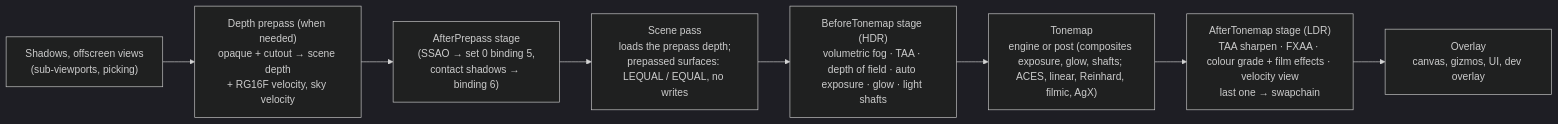
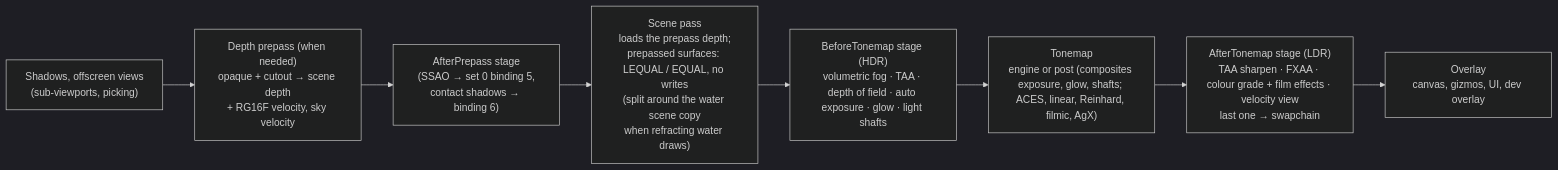
Before and after one commit to Mainframe-Games/mainframe-engine: the diagram in docs/design/post-processing.md, drawn with Mermaid (dark theme). The commit also changed other lines of this file and 67 other files, not shown here.

First line of the commit message:
Water: scene copy, refraction, SSR, caustics, waterfall and mist (ADR 0173)

````diff
--- a/docs/design/post-processing.md
+++ b/docs/design/post-processing.md
@@ -16,10 +16,10 @@
 ```mermaid
 flowchart LR
     SH["Shadows, offscreen views<br/>(sub-viewports, picking)"] --> PP["Depth prepass (when needed)<br/>opaque + cutout → scene depth<br/>+ RG16F velocity, sky velocity"]
     PP --> AP["AfterPrepass stage<br/>(SSAO → set 0 binding 5,<br/>contact shadows → binding 6)"]
-    AP --> SC["Scene pass<br/>loads the prepass depth;<br/>prepassed surfaces: LEQUAL / EQUAL, no writes"]
+    AP --> SC["Scene pass<br/>loads the prepass depth;<br/>prepassed surfaces: LEQUAL / EQUAL, no writes<br/>(split around the water scene copy<br/>when refracting water draws)"]
     SC --> BT["BeforeTonemap stage (HDR)<br/>volumetric fog · TAA · depth of field · auto exposure · glow · light shafts"]
     BT --> TM["Tonemap<br/>engine or post (composites exposure, glow, shafts; ACES, linear, Reinhard, filmic, AgX)"]
     TM --> AT["AfterTonemap stage (LDR)<br/>TAA sharpen · FXAA · colour grade + film effects · velocity view<br/>last one → swapchain"]
     AT --> OV["Overlay<br/>canvas, gizmos, UI, dev overlay"]
 ```
````
